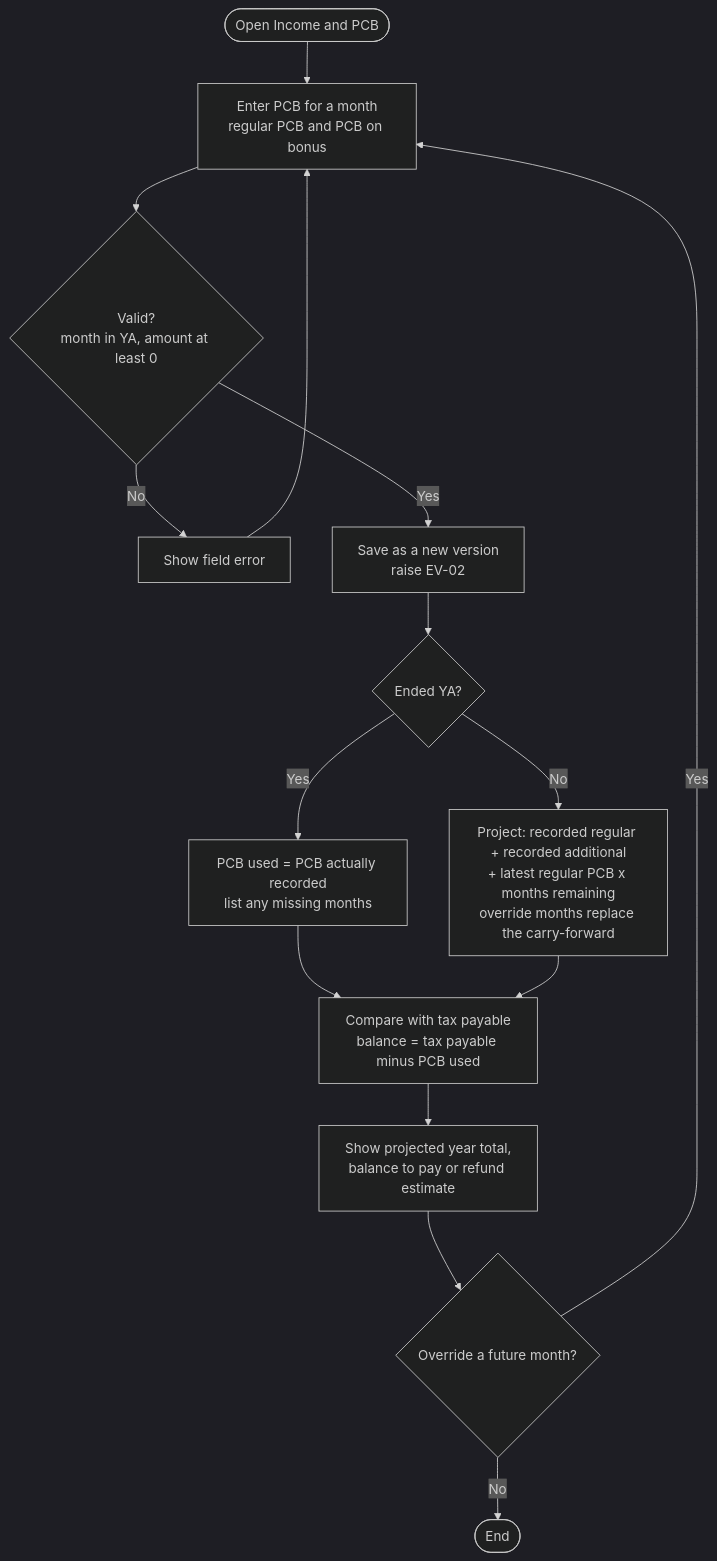
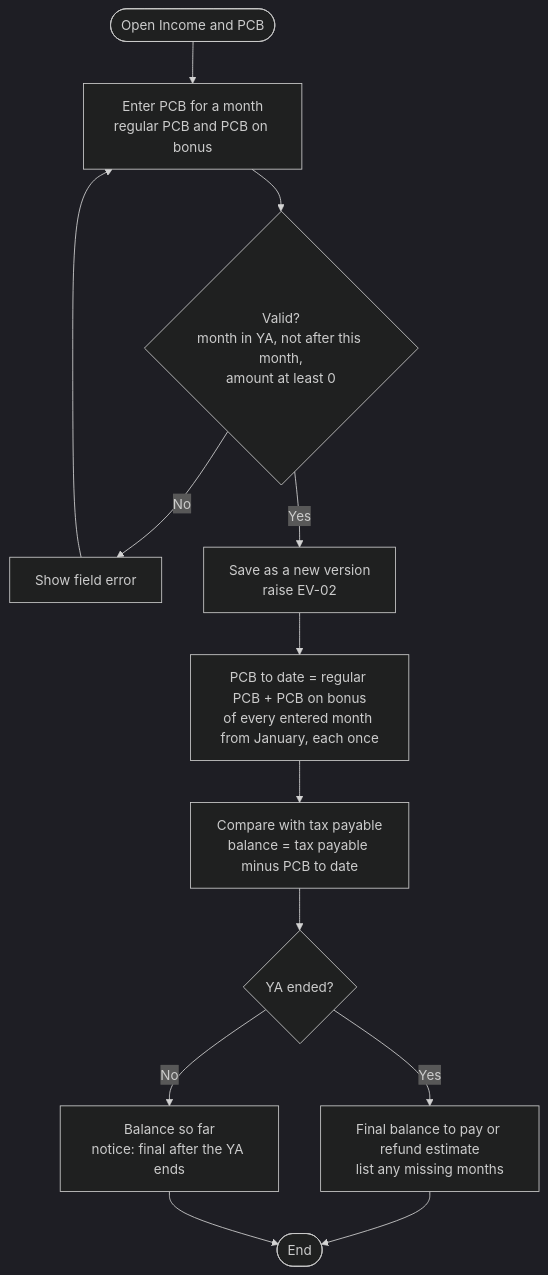
The fourth of 10 diagrams in docs/specs/URS_SRS_F1_Tax_Calculator.md (Juthyra/Tax-Relief-Manager-TRM-), drawn with Mermaid (dark theme) before and after one commit. The commit also changed other lines of this file and 16 other files, not shown here.

Commit message:
docs(CHG-058): owner answers to PRD items 1 to 4 and 7 to 9: no PCB projection, closed year, admin download, LHDN rounding (P-63)

````diff
--- a/docs/specs/URS_SRS_F1_Tax_Calculator.md
+++ b/docs/specs/URS_SRS_F1_Tax_Calculator.md
@@ -192,17 +192,15 @@
 ```mermaid
 flowchart TD
   S(["Open Income and PCB"]) --> M["Enter PCB for a month<br/>regular PCB and PCB on bonus"]
-  M --> V{"Valid?<br/>month in YA, amount at least 0"}
+  M --> V{"Valid?<br/>month in YA, not after this month,<br/>amount at least 0"}
   V -- "No" --> ER["Show field error"]
   ER --> M
   V -- "Yes" --> SV["Save as a new version<br/>raise EV-02"]
-  SV --> YE{"Ended YA?"}
-  YE -- "Yes" --> AC["PCB used = PCB actually recorded<br/>list any missing months"]
-  YE -- "No" --> PR["Project: recorded regular + recorded additional<br/>+ latest regular PCB x months remaining<br/>override months replace the carry-forward"]
-  AC --> CMP["Compare with tax payable<br/>balance = tax payable minus PCB used"]
-  PR --> CMP
-  CMP --> OUT["Show projected year total,<br/>balance to pay or refund estimate"]
-  OUT --> OV{"Override a future month?"}
-  OV -- "Yes" --> M
-  OV -- "No" --> E(["End"])
+  SV --> SUM["PCB to date = regular PCB + PCB on bonus<br/>of every entered month from January, each once"]
+  SUM --> CMP["Compare with tax payable<br/>balance = tax payable minus PCB to date"]
+  CMP --> YE{"YA ended?"}
+  YE -- "Yes" --> FIN["Final balance to pay or refund estimate<br/>list any missing months"]
+  YE -- "No" --> SOFAR["Balance so far<br/>notice: final after the YA ends"]
+  FIN --> E(["End"])
+  SOFAR --> E
 ```
````
